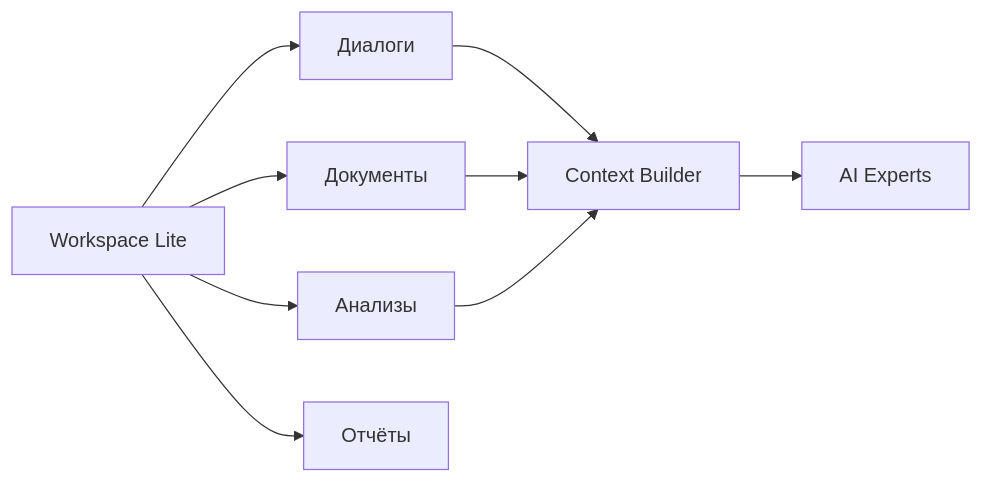
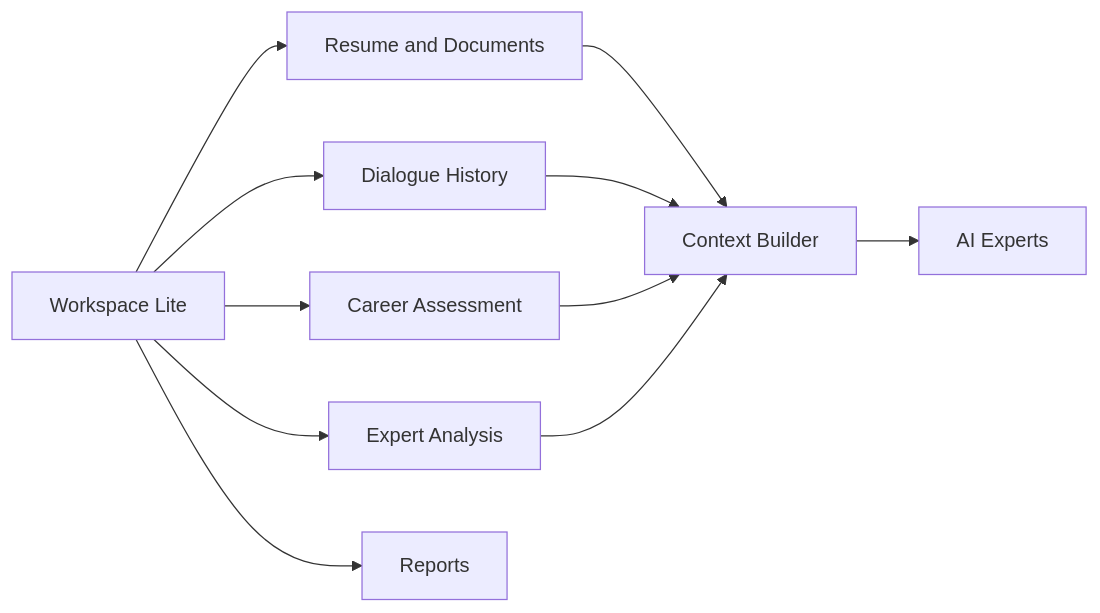
The second of 4 diagrams in projects/02-dialogue-ai-assistant/README.md (VictorKVS/Developer-of-AI-agents), drawn with Mermaid before and after one commit. The commit also changed other lines of this file, not shown here.

````diff
--- a/projects/02-dialogue-ai-assistant/README.md
+++ b/projects/02-dialogue-ai-assistant/README.md
@@ -111,13 +207,15 @@
 ```mermaid
 flowchart LR
     WS[Workspace Lite]
-    WS --> DIA[Диалоги]
-    WS --> DOC[Документы]
-    WS --> ANA[Анализы]
-    WS --> REP[Отчёты]
+    WS --> DOC[Resume and Documents]
+    WS --> DIA[Dialogue History]
+    WS --> CAR[Career Assessment]
+    WS --> ANA[Expert Analysis]
+    WS --> REP[Reports]
 
-    DIA --> CTX[Context Builder]
-    DOC --> CTX
+    DOC --> CTX[Context Builder]
+    DIA --> CTX
+    CAR --> CTX
     ANA --> CTX
     CTX --> EXP[AI Experts]
 ```
````
